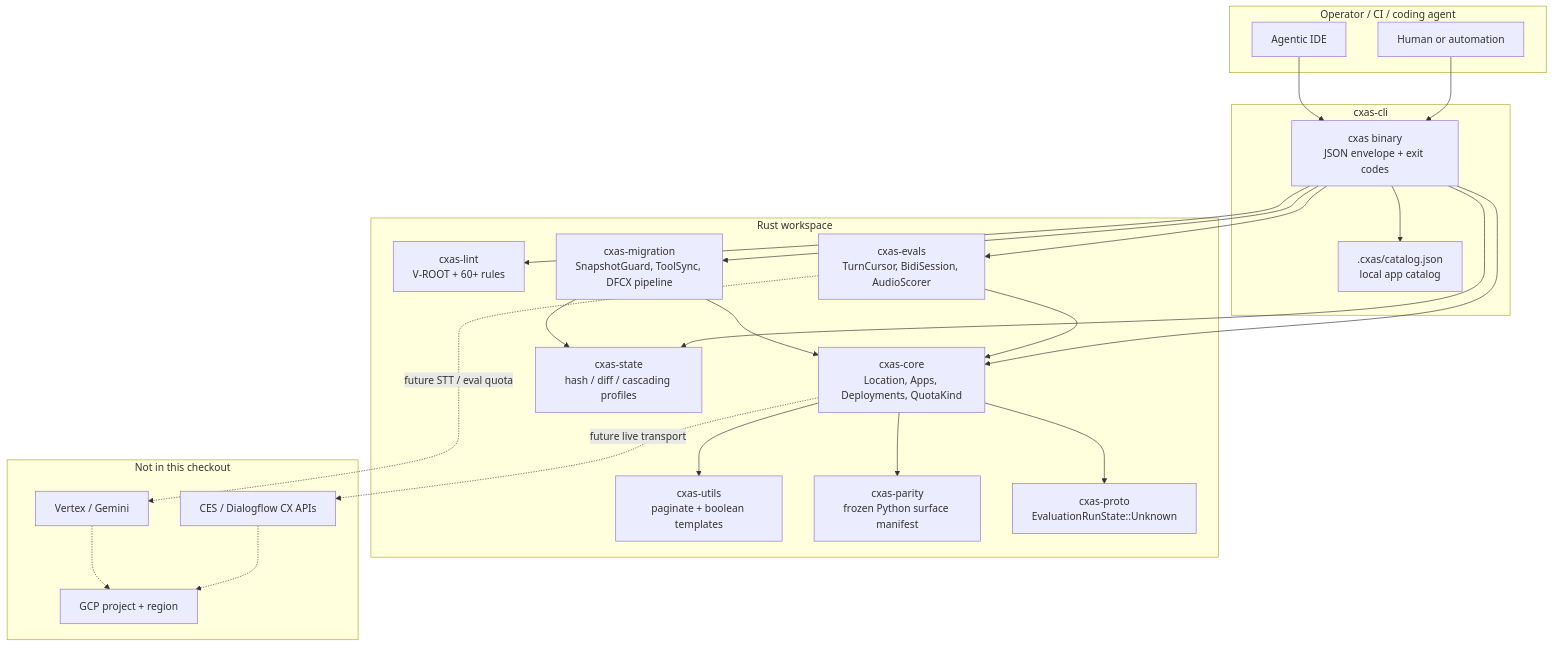
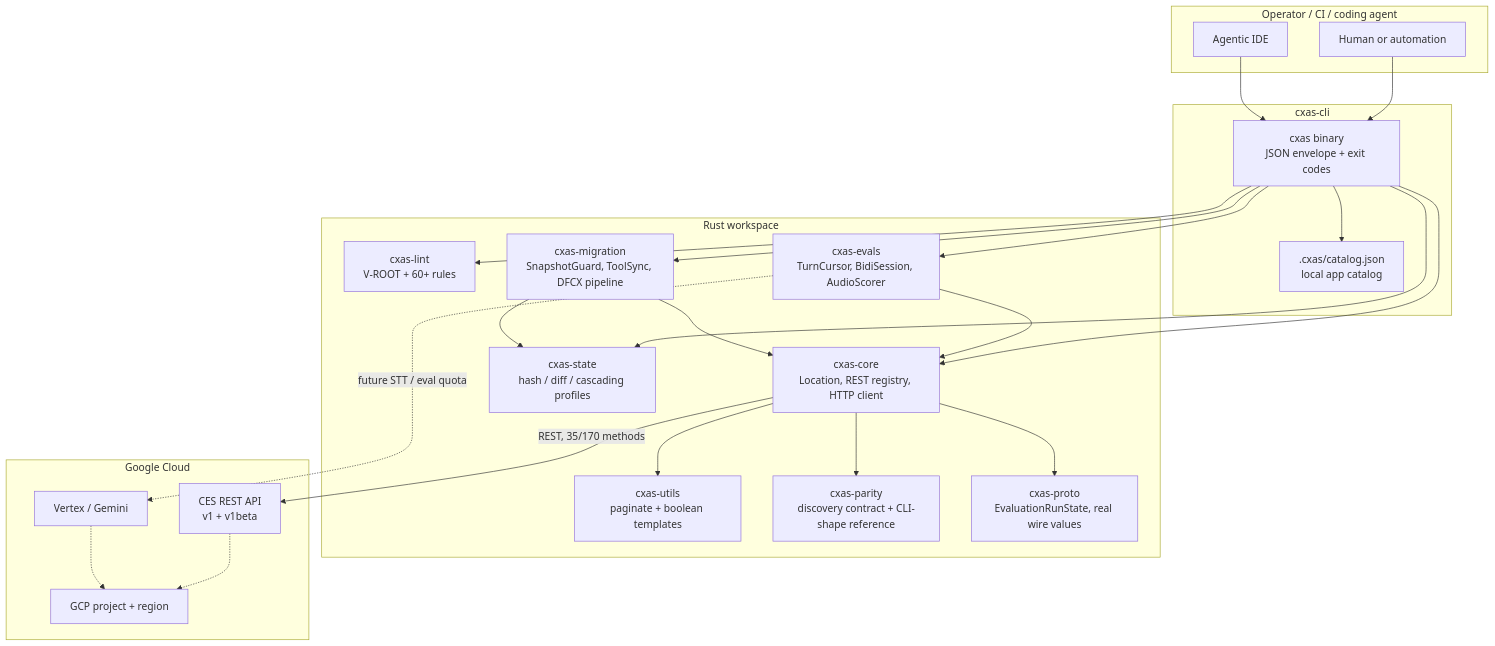
One commit to Yash-Kavaiya/cxas-harness changed the diagram in README.md. Above: the diagram before and after it, drawn with Mermaid. The commit also changed other lines of this file and 13 other files, not shown here.

````diff
--- a/README.md
+++ b/README.md
@@ -32,50 +37,50 @@
 ```mermaid
 flowchart TB
     subgraph operator [Operator / CI / coding agent]
         Human[Human or automation]
         IDE[Agentic IDE]
     end
 
     Human --> CLI
     IDE --> CLI
 
     subgraph cli [cxas-cli]
         CLI["cxas binary<br/>JSON envelope + exit codes"]
         Catalog[".cxas/catalog.json<br/>local app catalog"]
         CLI --> Catalog
     end
 
     subgraph workspace [Rust workspace]
-        Core["cxas-core<br/>Location, Apps, Deployments, QuotaKind"]
+        Core["cxas-core<br/>Location, REST registry, HTTP client"]
         State["cxas-state<br/>hash / diff / cascading profiles"]
         Lint["cxas-lint<br/>V-ROOT + 60+ rules"]
         Evals["cxas-evals<br/>TurnCursor, BidiSession, AudioScorer"]
         Mig["cxas-migration<br/>SnapshotGuard, ToolSync, DFCX pipeline"]
         Utils["cxas-utils<br/>paginate + boolean templates"]
-        Parity["cxas-parity<br/>frozen Python surface manifest"]
-        Proto["cxas-proto<br/>EvaluationRunState::Unknown"]
+        Parity["cxas-parity<br/>discovery contract + CLI-shape reference"]
+        Proto["cxas-proto<br/>EvaluationRunState, real wire values"]
     end
 
     CLI --> Core
     CLI --> State
     CLI --> Lint
     CLI --> Evals
     CLI --> Mig
     Core --> Proto
     Core --> Utils
     Evals --> Core
     Mig --> Core
     Mig --> State
     Core --> Parity
 
-    subgraph future [Not in this checkout]
-        CES["CES / Dialogflow CX APIs"]
+    subgraph external [Google Cloud]
+        CES["CES REST API<br/>v1 + v1beta"]
         Vertex["Vertex / Gemini"]
         GCP["GCP project + region"]
     end
 
-    Core -.->|"future live transport"| CES
+    Core -->|"REST, 35/170 methods"| CES
     Evals -.->|"future STT / eval quota"| Vertex
     CES -.-> GCP
     Vertex -.-> GCP
 ```
````
